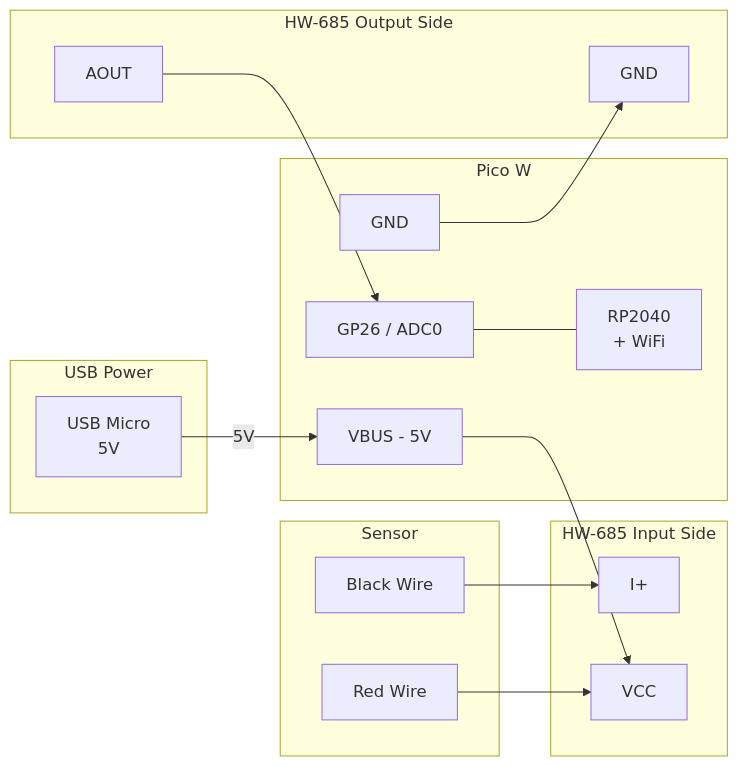
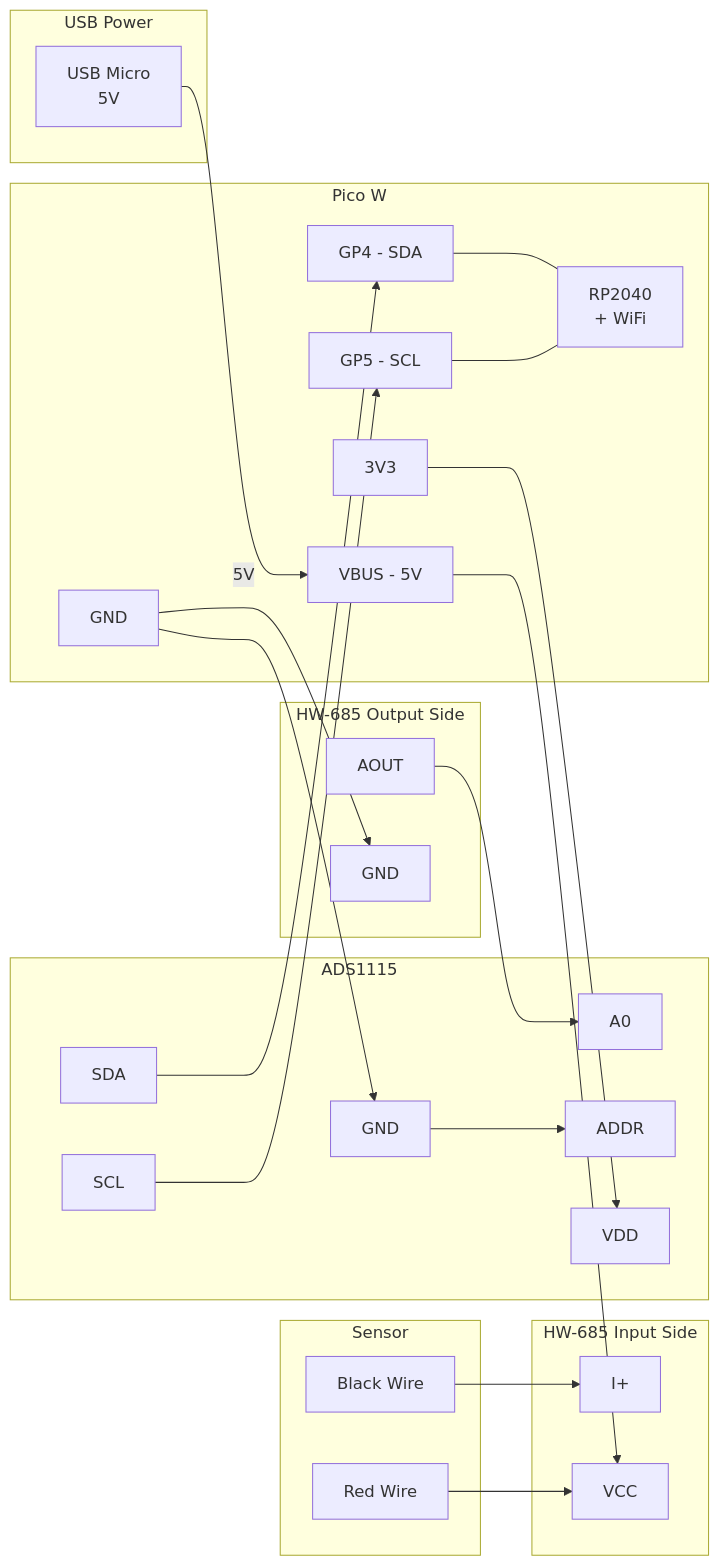
The diagram in README.md (bosmun0224/cistern), drawn with Mermaid before and after one commit. The commit also changed other lines of this file and 2 other files, not shown here.

Commit message:
Enhance README and code to integrate ADS1115 for depth sensing and update I2C scanning functionality

````diff
--- a/README.md
+++ b/README.md
@@ -16,36 +16,53 @@
 ```mermaid
 graph LR
     subgraph USB Power
         USB[USB Micro<br>5V]
     end
 
     subgraph Sensor
         RED[Red Wire]
         BLK[Black Wire]
     end
 
     subgraph HW-685 Input Side
         IP[I+]
         VCC[VCC]
     end
 
     subgraph HW-685 Output Side
         AOUT[AOUT]
         GNDH[GND]
     end
 
+    subgraph ADS1115
+        A0[A0]
+        ADDR[ADDR]
+        VDDA[VDD]
+        GNDA[GND]
+        SDA[SDA]
+        SCL[SCL]
+    end
+
     subgraph Pico W
         VBUS[VBUS - 5V]
-        ADC0[GP26 / ADC0]
+        V3[3V3]
+        GP4[GP4 - SDA]
+        GP5[GP5 - SCL]
         GND1[GND]
         MCU[RP2040<br>+ WiFi]
     end
 
     USB -->|5V| VBUS
     VBUS --> VCC
     RED --> VCC
     BLK --> IP
-    AOUT --> ADC0
+    AOUT --> A0
     GND1 --> GNDH
-    ADC0 --- MCU
+    GND1 --> GNDA
+    GNDA --> ADDR
+    V3 --> VDDA
+    SDA --> GP4
+    SCL --> GP5
+    GP4 --- MCU
+    GP5 --- MCU
 ```
````
